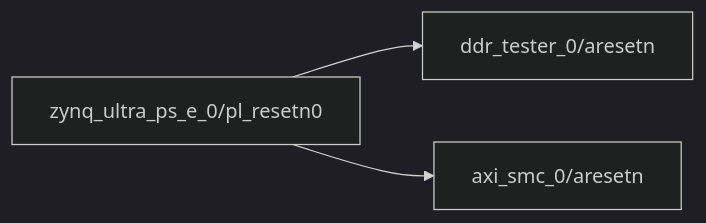
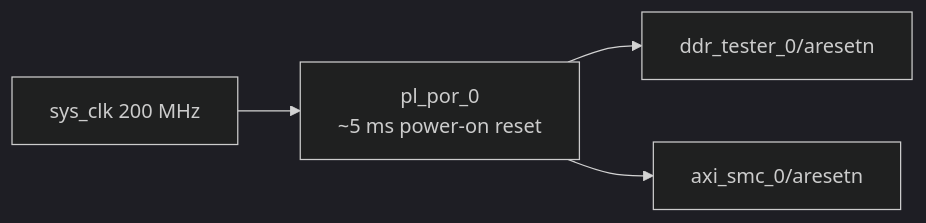
The fourth of 9 diagrams in README.md (RESBI/ZU4EV-PL-to-PS-DDR-TEST), drawn with Mermaid (dark theme) before and after one commit. The commit also changed other lines of this file and 8 other files, not shown here.

Commit message:
Add JTAG blank boot and PL power-on reset support

````diff
--- a/README.md
+++ b/README.md
@@ -409,5 +476,6 @@
 ```mermaid
 flowchart LR
-    PsReset[zynq_ultra_ps_e_0/pl_resetn0] --> TesterReset[ddr_tester_0/aresetn]
-    PsReset --> SmcReset[axi_smc_0/aresetn]
+    SysClk[sys_clk 200 MHz] --> PlPor[pl_por_0<br/>~5 ms power-on reset]
+    PlPor --> TesterReset[ddr_tester_0/aresetn]
+    PlPor --> SmcReset[axi_smc_0/aresetn]
 ```
````
